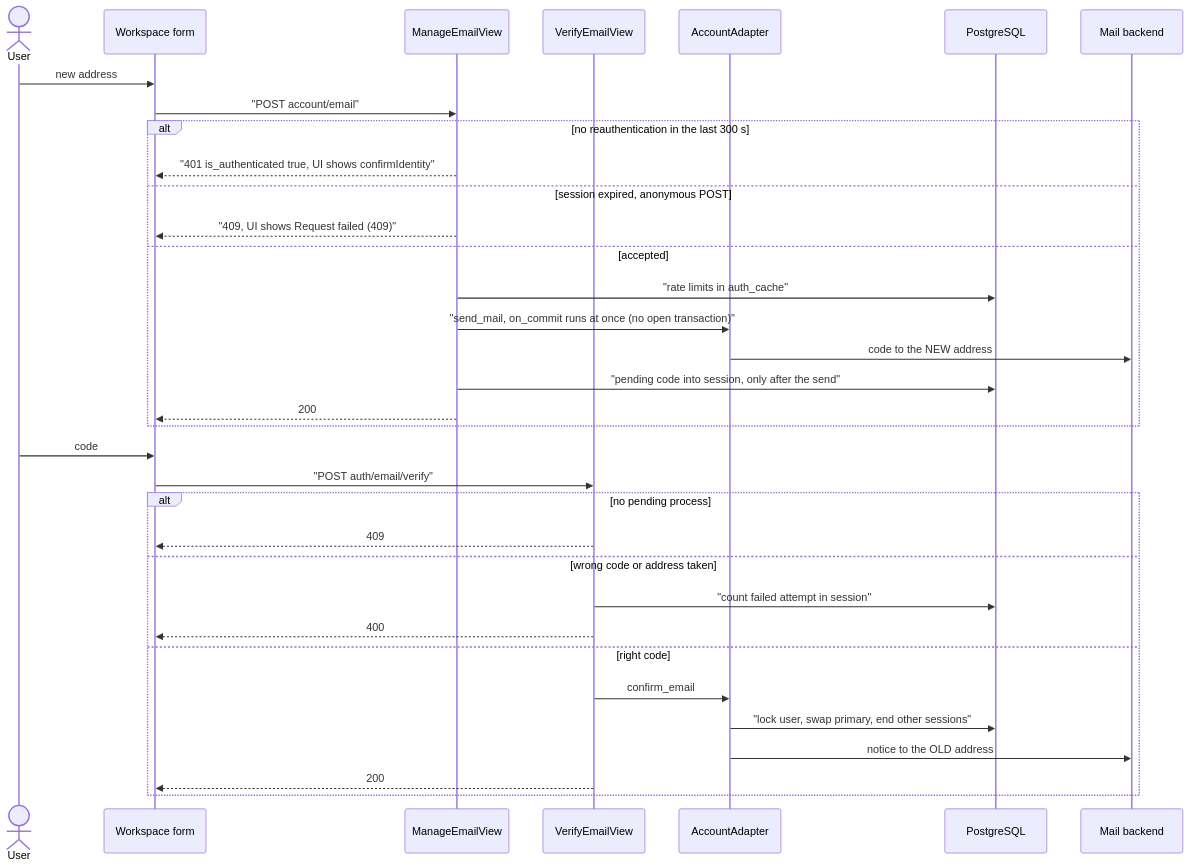
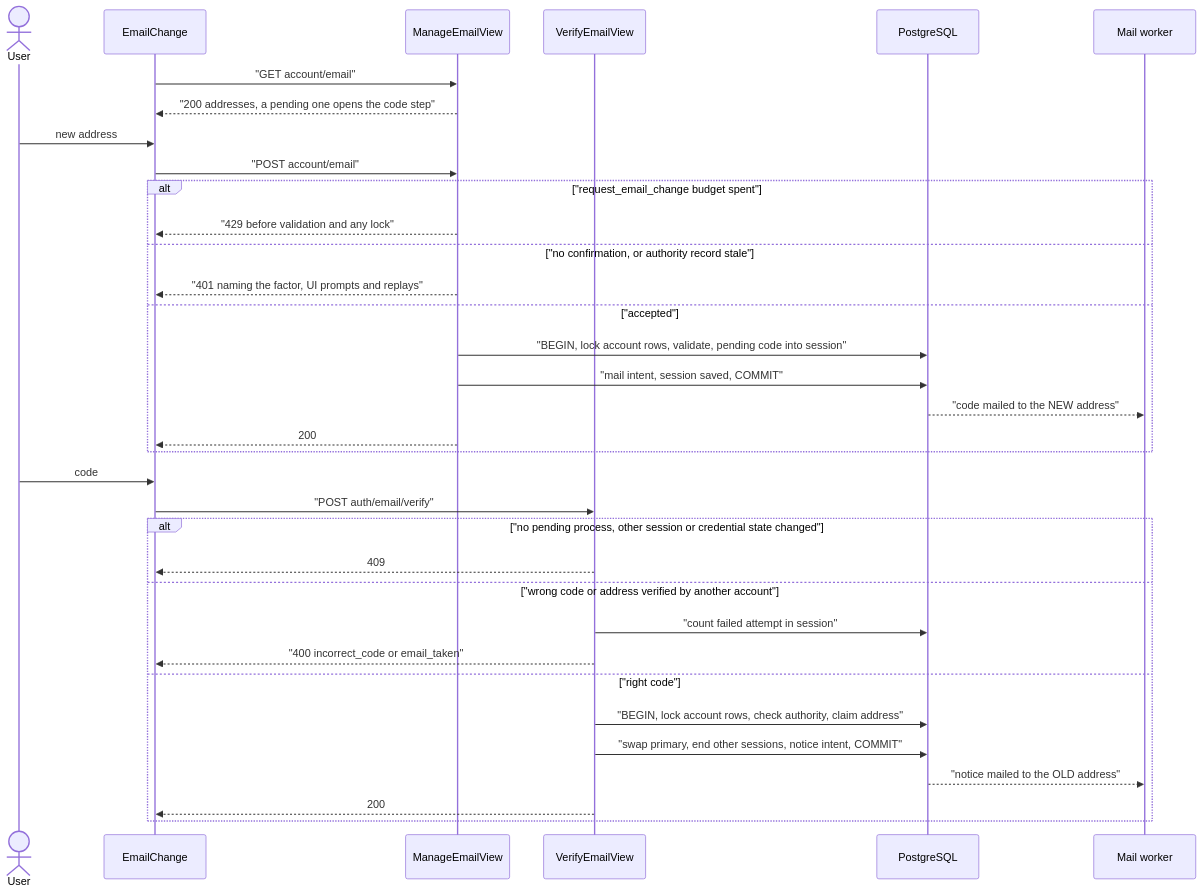
Before and after one commit to erkurtharun/pyracast: the diagram in docs/flows/account-email-change.md, drawn with Mermaid. The commit also changed other lines of this file and 85 other files, not shown here.

First line of the commit message:
Bring the flow pages in line with the code (#107)

````diff
--- a/docs/flows/account-email-change.md
+++ b/docs/flows/account-email-change.md
@@ -13,36 +13,36 @@
 ```mermaid
 sequenceDiagram
     actor U as User
-    participant W as Workspace form
+    participant W as EmailChange
     participant M as ManageEmailView
     participant V as VerifyEmailView
-    participant A as AccountAdapter
     participant D as PostgreSQL
-    participant X as Mail backend
+    participant X as Mail worker
+    W->>M: "GET account/email"
+    M-->>W: "200 addresses, a pending one opens the code step"
     U->>W: new address
     W->>M: "POST account/email"
-    alt no reauthentication in the last 300 s
-        M-->>W: "401 is_authenticated true, UI shows confirmIdentity"
-    else session expired, anonymous POST
-        M-->>W: "409, UI shows Request failed (409)"
-    else accepted
-        M->>D: "rate limits in auth_cache"
-        M->>A: "send_mail, on_commit runs at once (no open transaction)"
-        A->>X: code to the NEW address
-        M->>D: "pending code into session, only after the send"
+    alt "request_email_change budget spent"
+        M-->>W: "429 before validation and any lock"
+    else "no confirmation, or authority record stale"
+        M-->>W: "401 naming the factor, UI prompts and replays"
+    else "accepted"
+        M->>D: "BEGIN, lock account rows, validate, pending code into session"
+        M->>D: "mail intent, session saved, COMMIT"
+        D-->>X: "code mailed to the NEW address"
         M-->>W: 200
     end
     U->>W: code
     W->>V: "POST auth/email/verify"
-    alt no pending process
+    alt "no pending process, other session or credential state changed"
         V-->>W: 409
-    else wrong code or address taken
+    else "wrong code or address verified by another account"
         V->>D: "count failed attempt in session"
-        V-->>W: 400
-    else right code
-        V->>A: confirm_email
-        A->>D: "lock user, swap primary, end other sessions"
-        A->>X: notice to the OLD address
+        V-->>W: "400 incorrect_code or email_taken"
+    else "right code"
+        V->>D: "BEGIN, lock account rows, check authority, claim address"
+        V->>D: "swap primary, end other sessions, notice intent, COMMIT"
+        D-->>X: "notice mailed to the OLD address"
         V-->>W: 200
     end
 ```
````
